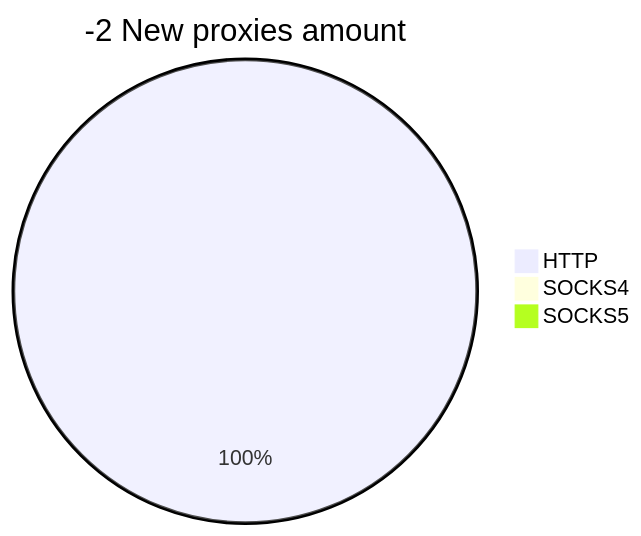
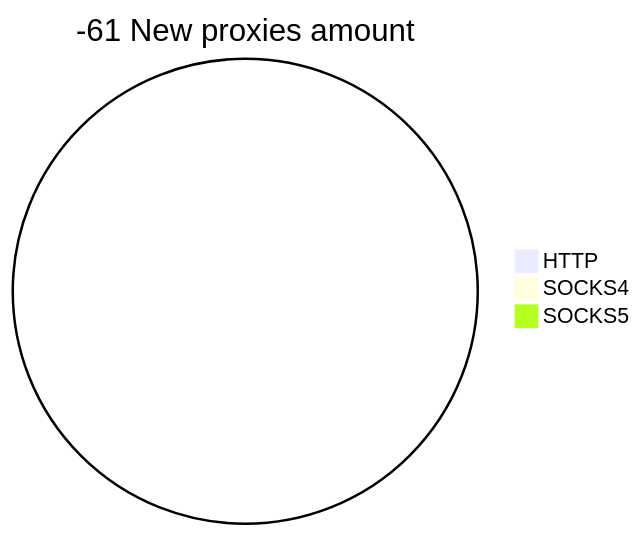
The second of 2 diagrams in README.md (cutipu/proxylist), drawn with Mermaid before and after one commit. The commit also changed other lines of this file, not shown here.

````diff
--- a/README.md
+++ b/README.md
@@ -10,6 +10,6 @@
 ```mermaid
-pie title -2 New proxies amount
-    "HTTP" : 1
+pie title -61 New proxies amount
+    "HTTP" : 0
     "SOCKS4" : 0
     "SOCKS5" : 0
 ```
````
